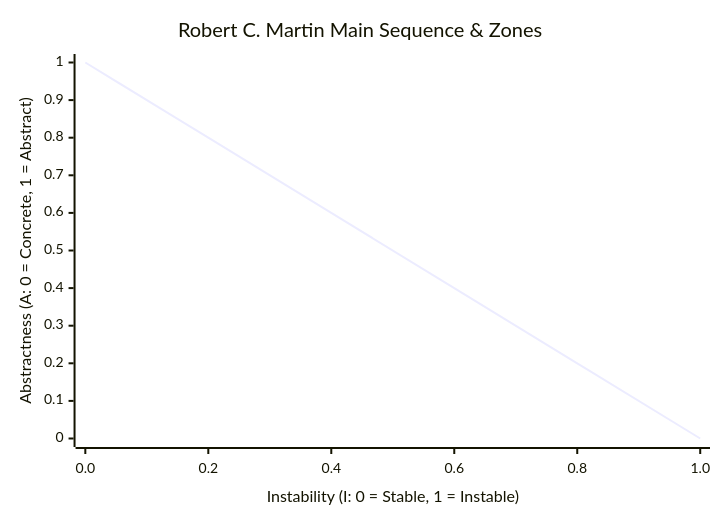
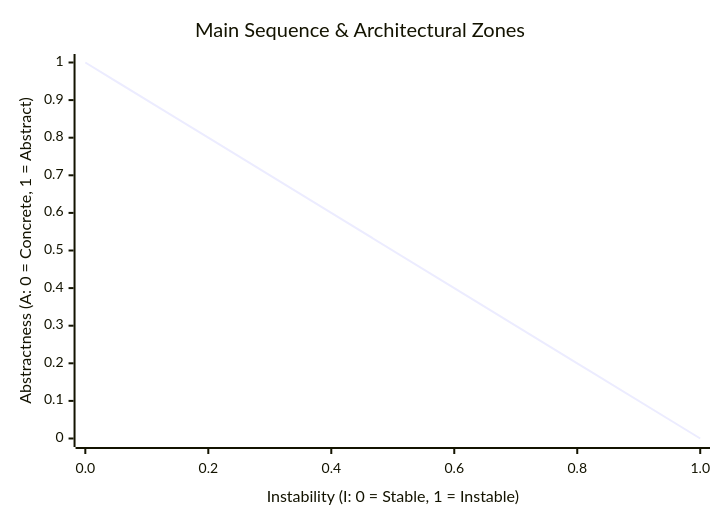
Before and after one commit to fmatar/archlens: the diagram in wiki/Robert-C-Martin-Metrics.md, drawn with Mermaid. The commit also changed other lines of this file and 132 other files, not shown here.

````diff
--- a/wiki/Robert-C-Martin-Metrics.md
+++ b/wiki/Robert-C-Martin-Metrics.md
@@ -40,7 +40,7 @@
 ```mermaid
 xychart-beta
-    title "Robert C. Martin Main Sequence & Zones"
+    title "Main Sequence & Architectural Zones"
     x-axis "Instability (I: 0 = Stable, 1 = Instable)" [0.0, 0.2, 0.4, 0.6, 0.8, 1.0]
     y-axis "Abstractness (A: 0 = Concrete, 1 = Abstract)" 0 --> 1
     line [1.0, 0.8, 0.6, 0.4, 0.2, 0.0]
 ```
````
